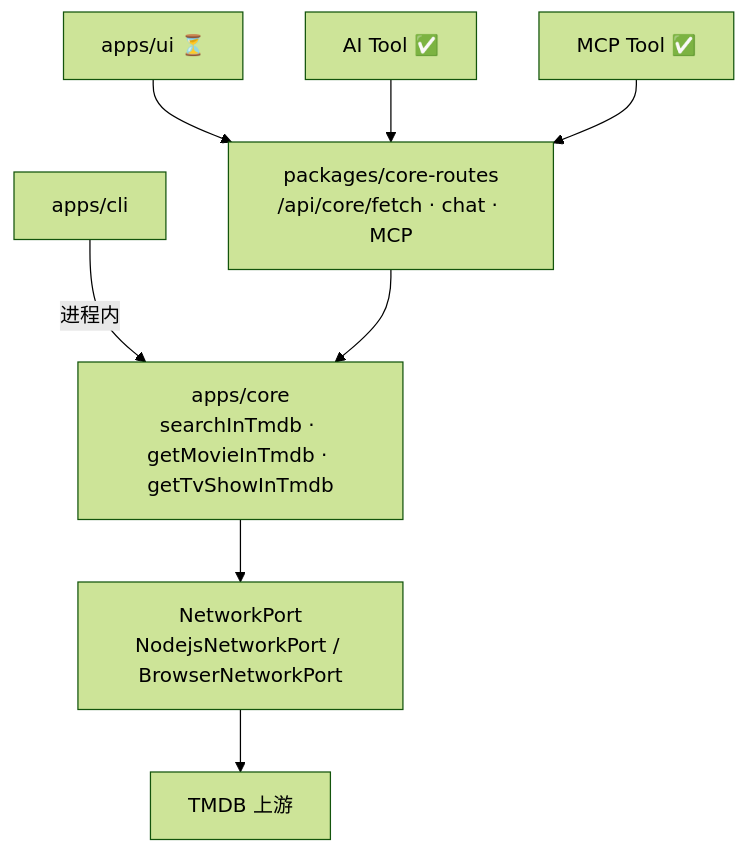
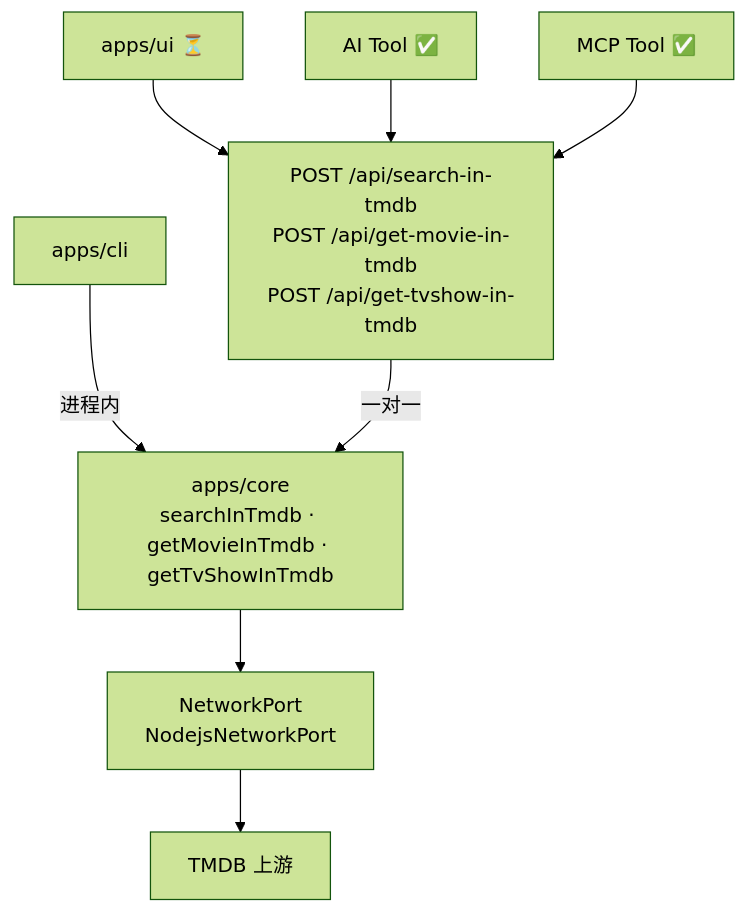
The first of 2 diagrams in docs/dev/tmdb.md (lawrenceching/SMM), drawn with Mermaid (forest theme) before and after one commit. The commit also changed other lines of this file and 23 other files, not shown here.

First line of the commit message:
feat(tmdb): route Web UI and AI tools through Core HTTP APIs

````diff
--- a/docs/dev/tmdb.md
+++ b/docs/dev/tmdb.md
@@ -12,19 +20,19 @@
 ```mermaid
 flowchart TB
   CLI["apps/cli"]
   WEB["apps/ui ⏳"]
   AI["AI Tool ✅"]
   MCP["MCP Tool ✅"]
 
-  CR["packages/core-routes<br/>/api/core/fetch · chat · MCP"]
+  API["POST /api/search-in-tmdb<br/>POST /api/get-movie-in-tmdb<br/>POST /api/get-tvshow-in-tmdb"]
   CORE["apps/core<br/>searchInTmdb · getMovieInTmdb · getTvShowInTmdb"]
-  NET["NetworkPort<br/>NodejsNetworkPort / BrowserNetworkPort"]
+  NET["NetworkPort<br/>NodejsNetworkPort"]
   TMDB["TMDB 上游"]
 
   CLI -->|进程内| CORE
-  WEB --> CR
-  AI --> CR
-  MCP --> CR
-  CR --> CORE
+  WEB --> API
+  AI --> API
+  MCP --> API
+  API -->|一对一| CORE
   CORE --> NET --> TMDB
 ```
````
